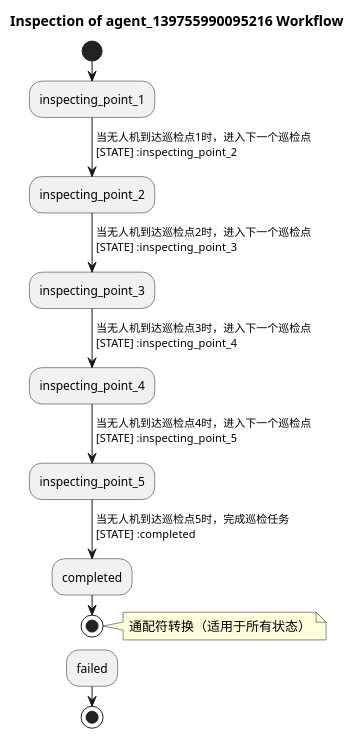
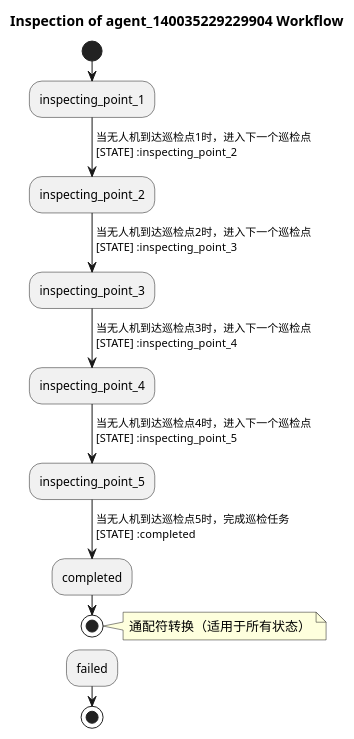
The diagram in src/airfogsim/examples/diagrams/inspection_workflow.puml (ZhiweiWei-NAMI/AeroAgentSim), drawn with PlantUML before and after one commit. The commit also changed 165 other files, not shown here.

```diff
--- a/src/airfogsim/examples/diagrams/inspection_workflow.puml
+++ b/src/airfogsim/examples/diagrams/inspection_workflow.puml
@@ -1,21 +1,21 @@
 @startuml
-title Inspection of agent_139755990095216 Workflow
+title Inspection of agent_140035229229904 Workflow
 start
 :inspecting_point_1;
 -> 当无人机到达巡检点1时，进入下一个巡检点\n[STATE] :inspecting_point_2;
 :inspecting_point_2;
 -> 当无人机到达巡检点2时，进入下一个巡检点\n[STATE] :inspecting_point_3;
 :inspecting_point_3;
 -> 当无人机到达巡检点3时，进入下一个巡检点\n[STATE] :inspecting_point_4;
 :inspecting_point_4;
 -> 当无人机到达巡检点4时，进入下一个巡检点\n[STATE] :inspecting_point_5;
 :inspecting_point_5;
 -> 当无人机到达巡检点5时，完成巡检任务\n[STATE] :completed;
 :completed;
 stop
 
 note right: 通配符转换（适用于所有状态）
 -> [EVENT] :failed;
 :failed;
 stop
 @enduml
```
